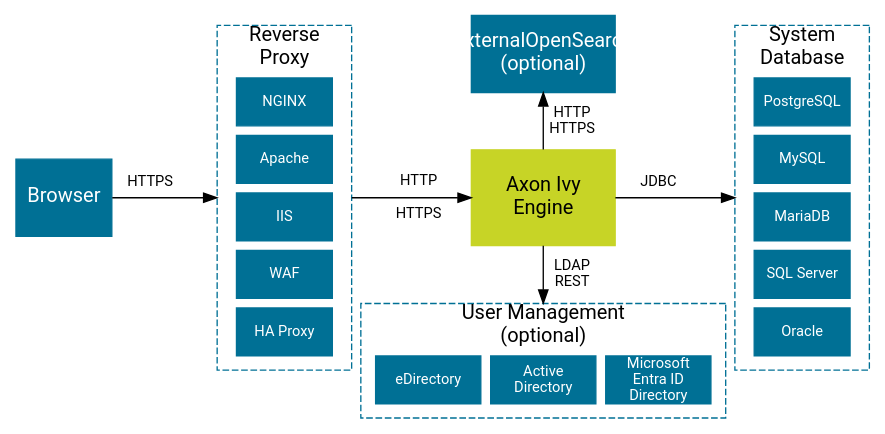
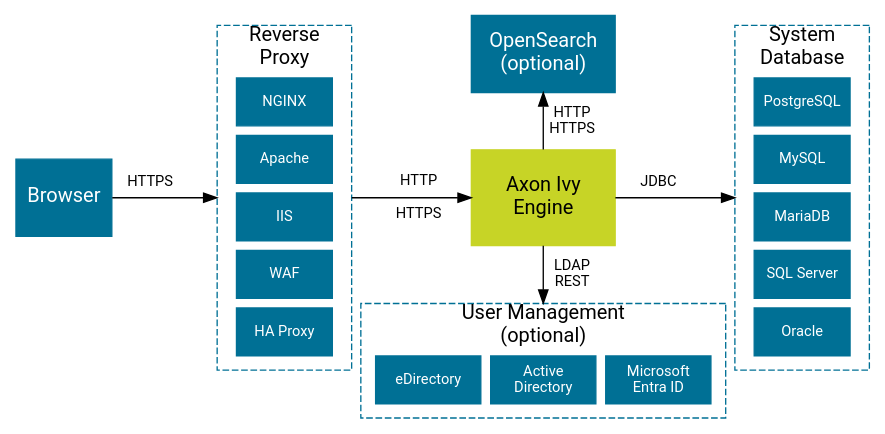
The diagram in source/engine-guide/integration/overview.dot (bernhardAxonIvy/doc), drawn with Graphviz before and after one commit.

Commit message:
Improve some grahics in user doc

```diff
--- a/source/engine-guide/integration/overview.dot
+++ b/source/engine-guide/integration/overview.dot
@@ -1,48 +1,48 @@
 digraph overview {
   layout=neato;
   
   node [shape=box, height="0.8", width="2", color="#007095", style=filled, fixedsize="true", margin=0, 
         fontname="Roboto,Helvetica Neue,Arial,sans-serif", fontcolor="white", fontsize=15
        ]; 
   
   /* nodes */
   browser         [ label="Browser",                           pos="0.4,2.5!", width="1"];
 
   reverseProxy    [label="Reverse\nProxy",                     pos="2.7,2.5!", height="3.6", width="1.4", style="dashed", fontcolor="black", labelloc="t"];
   frontendNginx   [label="NGINX",                              pos="2.7,3.5!", height="0.5", width="1.0", fontsize=11];
   frontendApache  [label="Apache",                             pos="2.7,2.9!", height="0.5", width="1.0", fontsize=11];
   frontendIIS     [label="IIS",                                pos="2.7,2.3!", height="0.5", width="1.0", fontsize=11];
   frontendWAF     [label="WAF",                                pos="2.7,1.7!", height="0.5", width="1.0", fontsize=11];
   frontendHA      [label="HA Proxy",                           pos="2.7,1.1!", height="0.5", width="1.0", fontsize=11];
  
   engine          [label="Axon Ivy\nEngine",                   pos="5.4,2.5!", height="1.0", width="1.5", color="#C7D426", fontcolor="black"];
   
   userManagement  [label="User Management\n(optional)",        pos="5.4,0.8!", height="1.2", width="3.8" style="dashed" fontcolor="black" labelloc="t"];
   eDirectory      [label="eDirectory",                         pos="4.2,0.6!", height="0.5", width="1.1", fontsize=11];
   activeDirectory [label="Active\nDirectory",                  pos="5.4,0.6!", height="0.5", width="1.1", fontsize=11];
-  entraID         [label="Microsoft\nEntra ID\nDirectory",     pos="6.6,0.6!", height="0.5", width="1.1", fontsize=11];
+  entraID         [label="Microsoft\nEntra ID\n",              pos="6.6,0.6!", height="0.5", width="1.1", fontsize=11];
 
   systemdb        [label="System\nDatabase",                   pos="8.1,2.5!", height="3.6", width="1.4", style="dashed" fontcolor="black" labelloc="t"]
   postgres        [label="PostgreSQL",                         pos="8.1,3.5!", height="0.5", width="1.0", fontsize=11]
   mysql           [label="MySQL",                              pos="8.1,2.9!", height="0.5", width="1.0", fontsize=11]
   mariadb         [label="MariaDB",                            pos="8.1,2.3!", height="0.5", width="1.0", fontsize=11]
   mssql           [label="SQL Server",                         pos="8.1,1.7!", height="0.5", width="1.0", fontsize=11]
   oracle          [label="Oracle",                             pos="8.1,1.1!", height="0.5", width="1.0", fontsize=11]
 
-  opensearch [ label="External\OpenSearch\n(optional)", pos="5.4,4.0!", height="0.8" width="1.5"]
+  opensearch [ label="OpenSearch\n(optional)", pos="5.4,4.0!", height="0.8" width="1.5"]
 
   /* edges */
   browser -> reverseProxy;
   reverseProxy -> engine;
   engine -> userManagement;
   engine -> systemdb;
   engine -> opensearch;
 
    /* edge labels */  
   browser_reverseProxy [ label="HTTPS\n \n ",  pos = "1.3,2.5!", shape=none, fillcolor=none, fontcolor=black, fontsize=11];
   reverseProxy_engine [ label="HTTP\n\nHTTPS", pos = "4.1,2.5!", shape=none, fillcolor=none, fontcolor=black, fontsize=11];
   engine_userManagement [ label="LDAP\nREST",  pos = "5.7,1.7!", shape=none, fillcolor=none, fontcolor=black, fontsize=11];
   engine_systemdb [ label="JDBC\n \n ",        pos = "6.6,2.5!", shape=none, fillcolor=none, fontcolor=black, fontsize=11];
   engine_opensearch [label="HTTP\nHTTPS",   pos = "5.7,3.3!", shape=none, fillcolor=none, fontcolor=black, fontsize=11];
   
 }
```
